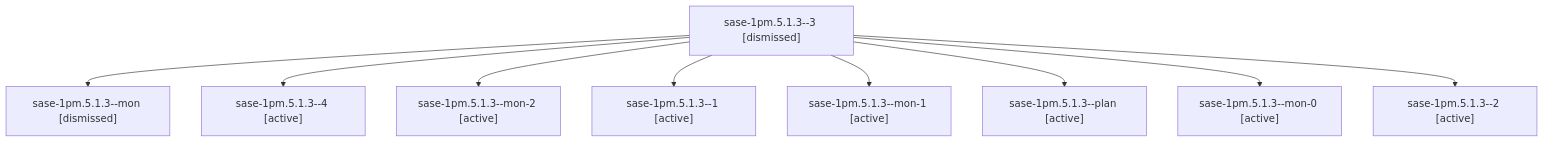
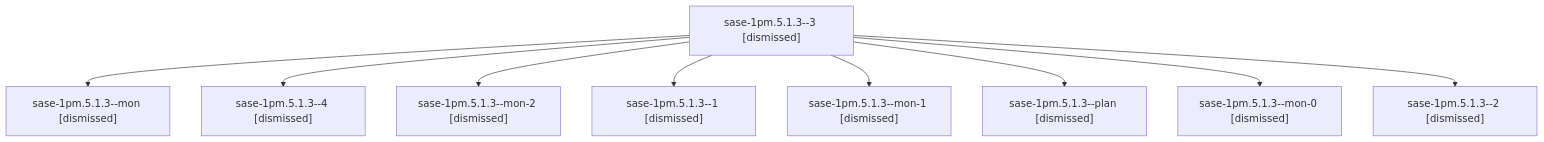
The diagram in sessions/bbugyi200.athena.sase-1pm.5.1.3.md (sase-org/sase--agents), drawn with Mermaid before and after one commit. The commit also changed other lines of this file and 136 other files, not shown here.

````diff
--- a/sessions/bbugyi200.athena.sase-1pm.5.1.3.md
+++ b/sessions/bbugyi200.athena.sase-1pm.5.1.3.md
@@ -9,20 +9,20 @@
 ```mermaid
 flowchart TD
   n0["sase-1pm.5.1.3--3 [dismissed]"]
   n1["sase-1pm.5.1.3--mon [dismissed]"]
   n0 --> n1
-  n2["sase-1pm.5.1.3--4 [active]"]
+  n2["sase-1pm.5.1.3--4 [dismissed]"]
   n0 --> n2
-  n3["sase-1pm.5.1.3--mon-2 [active]"]
+  n3["sase-1pm.5.1.3--mon-2 [dismissed]"]
   n0 --> n3
-  n4["sase-1pm.5.1.3--1 [active]"]
+  n4["sase-1pm.5.1.3--1 [dismissed]"]
   n0 --> n4
-  n5["sase-1pm.5.1.3--mon-1 [active]"]
+  n5["sase-1pm.5.1.3--mon-1 [dismissed]"]
   n0 --> n5
-  n6["sase-1pm.5.1.3--plan [active]"]
+  n6["sase-1pm.5.1.3--plan [dismissed]"]
   n0 --> n6
-  n7["sase-1pm.5.1.3--mon-0 [active]"]
+  n7["sase-1pm.5.1.3--mon-0 [dismissed]"]
   n0 --> n7
-  n8["sase-1pm.5.1.3--2 [active]"]
+  n8["sase-1pm.5.1.3--2 [dismissed]"]
   n0 --> n8
 ```
````
